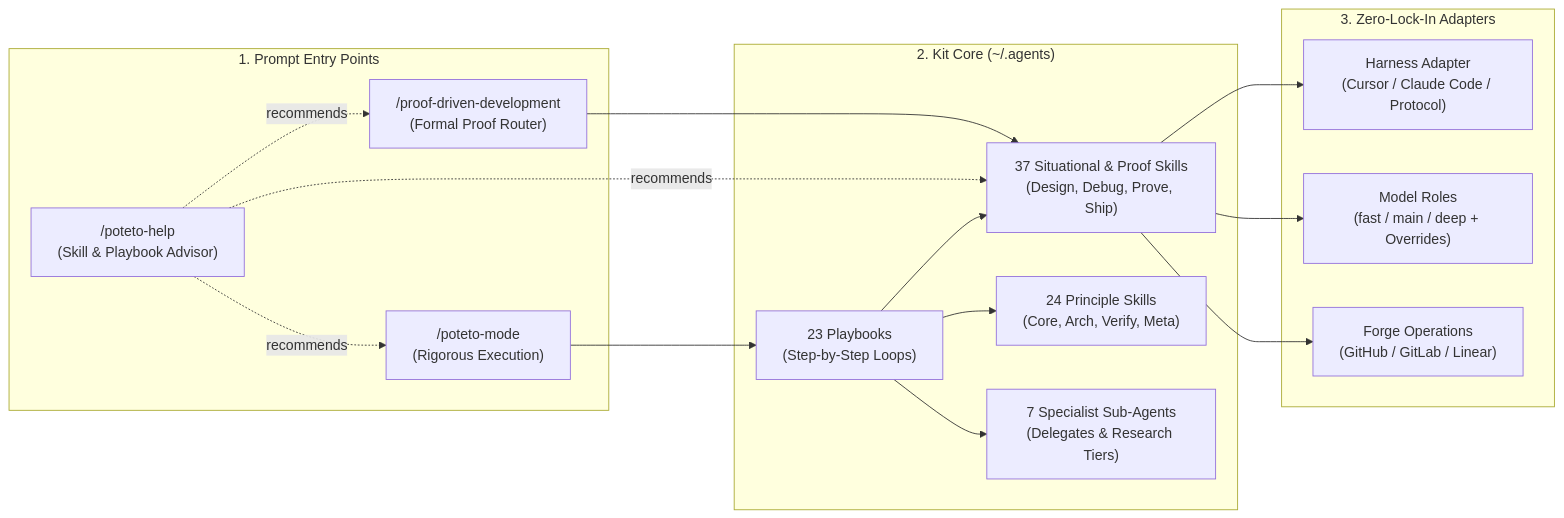
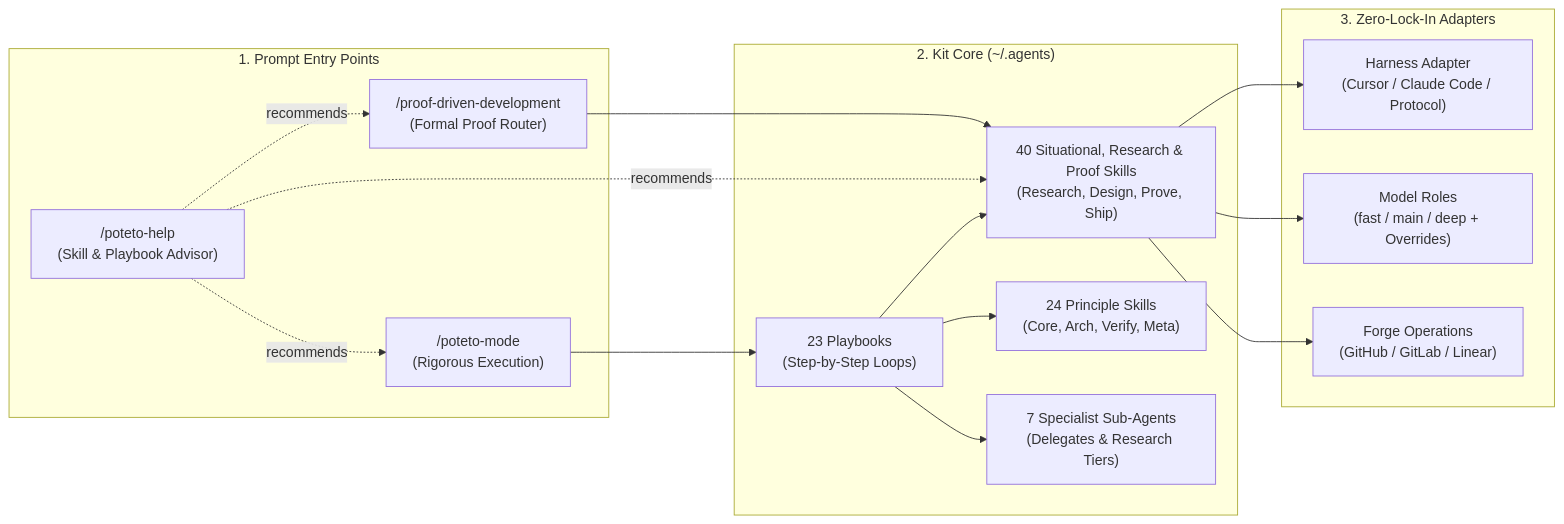
One commit to PhillipChaffee/.agents changed the first of 3 diagrams in README.md. Above: the diagram before and after it, drawn with Mermaid. The commit also changed other lines of this file and 8 other files, not shown here.

Commit message:
feat(skills,rules): add research and research-summary skills and enforce rule/skill harness format

````diff
--- a/README.md
+++ b/README.md
@@ -11,27 +11,27 @@
 ```mermaid
 flowchart LR
     subgraph Input["1. Prompt Entry Points"]
         PM["/poteto-mode<br/>(Rigorous Execution)"]
         PDD["/proof-driven-development<br/>(Formal Proof Router)"]
         PH["/poteto-help<br/>(Skill & Playbook Advisor)"]
     end
 
     subgraph Engine["2. Kit Core (~/.agents)"]
         PB["23 Playbooks<br/>(Step-by-Step Loops)"]
-        SK["37 Situational & Proof Skills<br/>(Design, Debug, Prove, Ship)"]
+        SK["40 Situational, Research & Proof Skills<br/>(Research, Design, Prove, Ship)"]
         PR["24 Principle Skills<br/>(Core, Arch, Verify, Meta)"]
         AG["7 Specialist Sub-Agents<br/>(Delegates & Research Tiers)"]
     end
 
     subgraph Adapters["3. Zero-Lock-In Adapters"]
         HarnessAdapter["Harness Adapter<br/>(Cursor / Claude Code / Protocol)"]
         ModelRoles["Model Roles<br/>(fast / main / deep + Overrides)"]
         ForgeOps["Forge Operations<br/>(GitHub / GitLab / Linear)"]
     end
 
     PM --> PB
     PDD --> SK
     PH -.->|"recommends"| PM & PDD & SK
     PB --> SK & PR & AG
     SK --> HarnessAdapter & ModelRoles & ForgeOps
 ```
````
